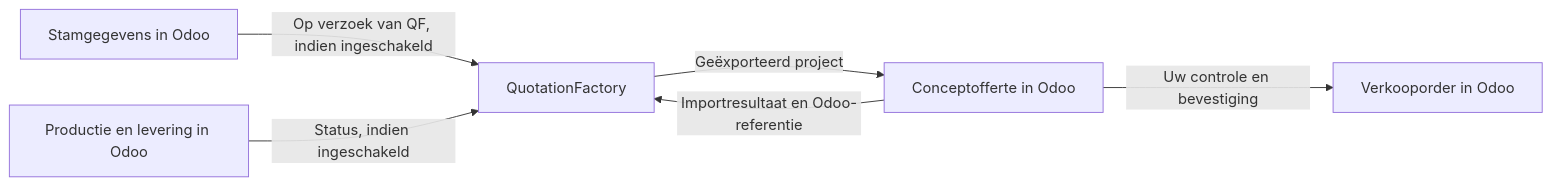
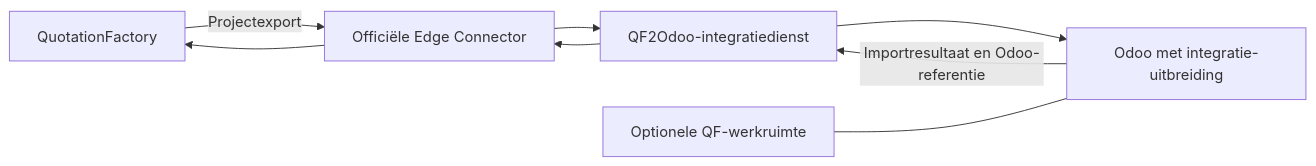
One commit to SheetMetalConnect/smc-mintlify changed the diagram in nl/qf2odoo/overview.mdx. Above: the diagram before and after it, drawn with Mermaid. The commit also changed other lines of this file and 6 other files, not shown here.

````diff
--- a/nl/qf2odoo/overview.mdx
+++ b/nl/qf2odoo/overview.mdx
@@ -12,8 +34,10 @@
 ```mermaid
 flowchart LR
-    Q["QuotationFactory"] -->|"Geëxporteerd project"| O["Conceptofferte in Odoo"]
-    O -->|"Importresultaat en Odoo-referentie"| Q
-    O -->|"Uw controle en bevestiging"| S["Verkooporder in Odoo"]
-    M["Stamgegevens in Odoo"] -->|"Op verzoek van QF, indien ingeschakeld"| Q
-    P["Productie en levering in Odoo"] -->|"Status, indien ingeschakeld"| Q
+    Q["QuotationFactory"] -->|"Projectexport"| E["Officiële Edge Connector"]
+    E --> I["QF2Odoo-integratiedienst"]
+    I --> O["Odoo met integratie-uitbreiding"]
+    O -->|"Importresultaat en Odoo-referentie"| I
+    I --> E
+    E --> Q
+    W["Optionele QF-werkruimte"] --- O
 ```
````
